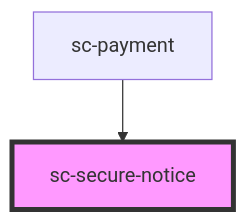
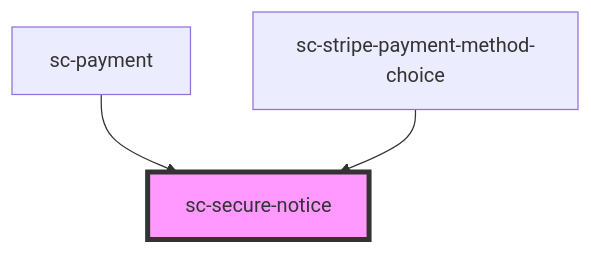
Before and after one commit to surecart/surecart-wp-plugin: the diagram in packages/components/src/components/ui/secure-notice/readme.md, drawn with Mermaid. The commit also changed other lines of this file and 52 other files, not shown here.

````diff
--- a/packages/components/src/components/ui/secure-notice/readme.md
+++ b/packages/components/src/components/ui/secure-notice/readme.md
@@ -24,5 +25,6 @@
 ```mermaid
 graph TD;
   sc-payment --> sc-secure-notice
+  sc-stripe-payment-method-choice --> sc-secure-notice
   style sc-secure-notice fill:#f9f,stroke:#333,stroke-width:4px
 ```
````
